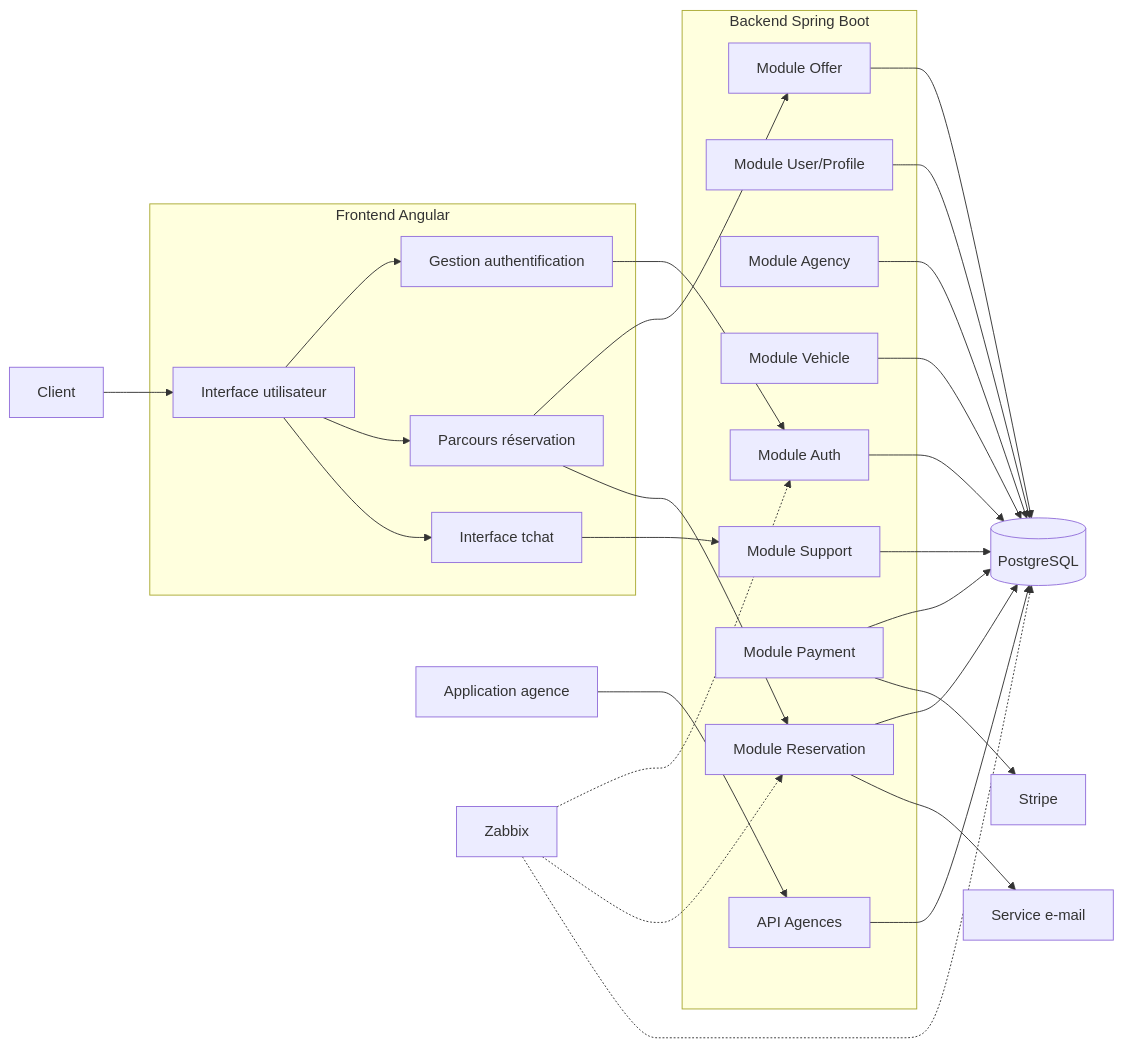
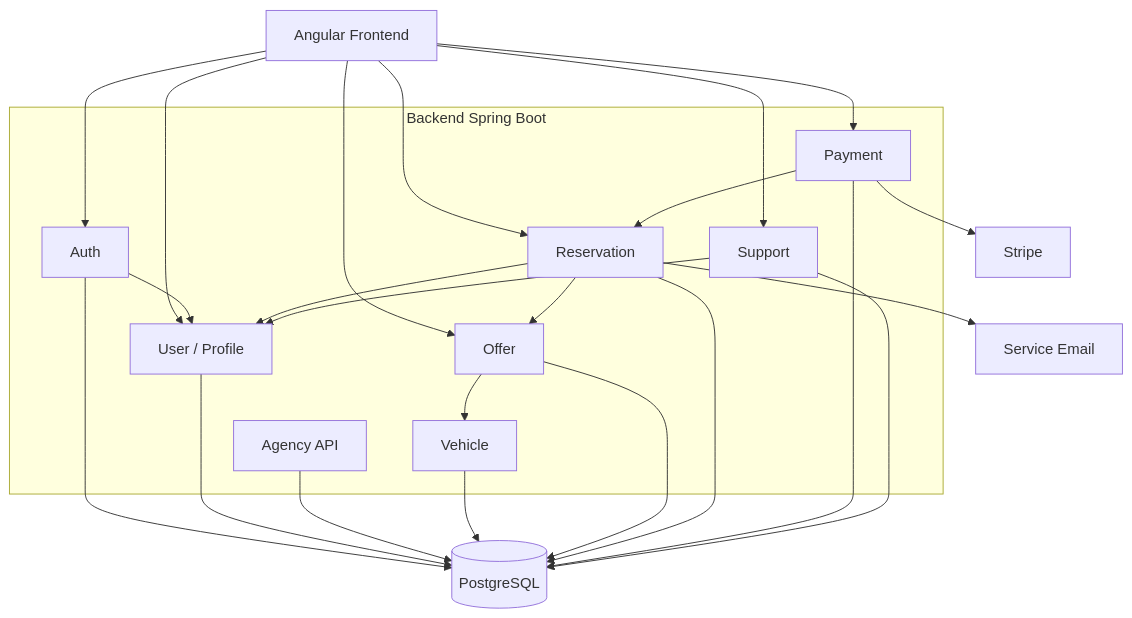
The second of 6 diagrams in Docs/Dossier_Architecture.md (LeangOC/MyOC2_P10), drawn with Mermaid before and after one commit. The commit also changed other lines of this file and 4 other files, not shown here.

Commit message:
Dossier Architecture

````diff
--- a/Docs/Dossier_Architecture.md
+++ b/Docs/Dossier_Architecture.md
@@ -558,58 +577,46 @@
 ```mermaid
-flowchart LR
-    Client["Client"]
-    Agency["Application agence"]
+flowchart TB
 
-    subgraph Angular["Frontend Angular"]
-        UI["Interface utilisateur"]
-        AuthUI["Gestion authentification"]
-        BookingUI["Parcours réservation"]
-        SupportUI["Interface tchat"]
+    Front[Angular Frontend]
+
+    subgraph Backend["Backend Spring Boot"]
+        Auth[Auth]
+        User[User / Profile]
+        Agency[Agency API]
+        Vehicle[Vehicle]
+        Offer[Offer]
+        Reservation[Reservation]
+        Payment[Payment]
+        Support[Support]
     end
 
-    subgraph Spring["Backend Spring Boot"]
-        Auth["Module Auth"]
-        User["Module User/Profile"]
-        AgencyM["Module Agency"]
-        Vehicle["Module Vehicle"]
-        Offer["Module Offer"]
-        Reservation["Module Reservation"]
-        Payment["Module Payment"]
-        Support["Module Support"]
-        AgencyAPI["API Agences"]
-    end
+    DB[(PostgreSQL)]
+    Stripe[Stripe]
+    Email[Service Email]
 
-    DB[("PostgreSQL")]
-    Stripe["Stripe"]
-    Mail["Service e-mail"]
-    Zabbix["Zabbix"]
+    Front --> Auth
+    Front --> User
+    Front --> Offer
+    Front --> Reservation
+    Front --> Payment
+    Front --> Support
 
-    Client --> UI
-    UI --> AuthUI
-    UI --> BookingUI
-    UI --> SupportUI
-
-    AuthUI --> Auth
-    BookingUI --> Offer
-    BookingUI --> Reservation
-    SupportUI --> Support
-
-    Agency --> AgencyAPI
+    Auth --> User
+    Offer --> Vehicle
+    Reservation --> Offer
+    Reservation --> User
+    Payment --> Reservation
+    Support --> User
 
     Auth --> DB
     User --> DB
-    AgencyM --> DB
+    Agency --> DB
     Vehicle --> DB
     Offer --> DB
     Reservation --> DB
     Payment --> DB
     Support --> DB
-    AgencyAPI --> DB
 
     Payment --> Stripe
-    Reservation --> Mail
-
-    Zabbix -.-> Auth
-    Zabbix -.-> Reservation
-    Zabbix -.-> DB
+    Reservation --> Email
 ```
````
